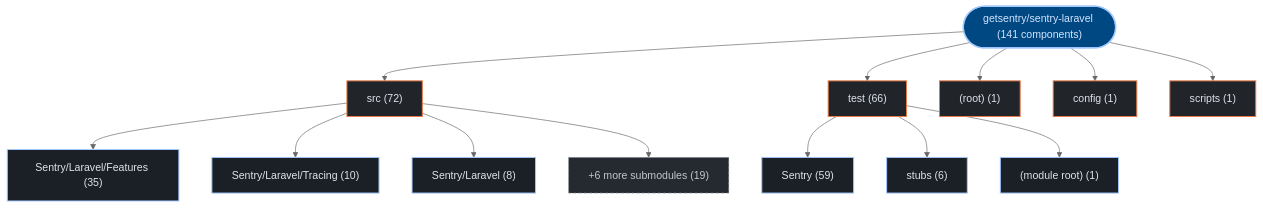
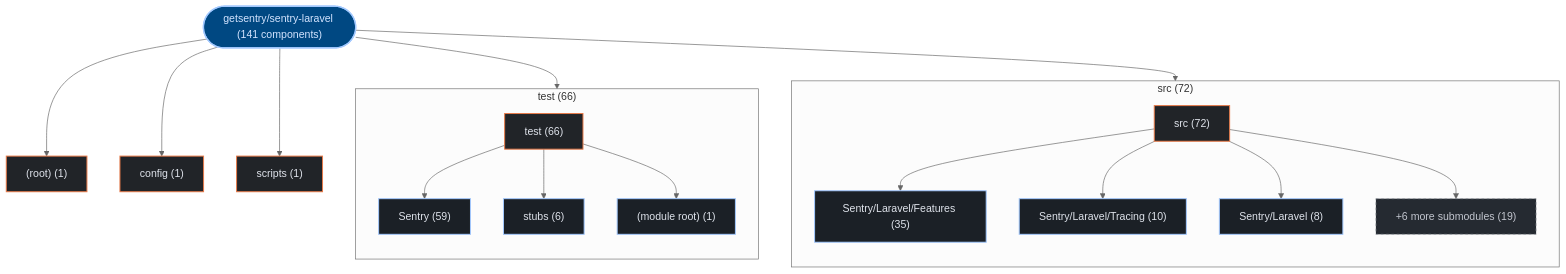
The first of 3 diagrams in exports/latest/reports/getsentry-sentry-laravel-report.md (kumarshaz/atruss-code-atlas), drawn with Mermaid (neutral theme) before and after one commit. The commit also changed 178 other files, not shown here.

Commit message:
feat(ui,mermaid): upgrade to mermaid v12 + ELK layout, add orgs-summary + pagination, subgraph building blocks, fix tab alignment

````diff
--- a/exports/latest/reports/getsentry-sentry-laravel-report.md
+++ b/exports/latest/reports/getsentry-sentry-laravel-report.md
@@ -42,35 +42,41 @@
 ```mermaid
 graph TD;
   classDef atlasRoot fill:#004882,stroke:#a3c9ff,stroke-width:2px,color:#d3e4ff
   classDef atlasCategory fill:#212428,stroke:#E87A48,stroke-width:1.5px,color:#dfe3eb
   classDef atlasWorkflow fill:#1b2026,stroke:#a3c9ff,stroke-width:1.5px,color:#dfe3eb
   classDef atlasJob fill:#171c22,stroke:#8d9199,stroke-width:1px,color:#dfe3eb
   classDef atlasTarget fill:#005227,stroke:#8bd99b,stroke-width:1.5px,color:#a7f6b6
   classDef atlasAlert fill:#93000a,stroke:#ffb4ab,stroke-width:1.5px,color:#ffdad6
   classDef atlasMore fill:#252a31,stroke:#8d9199,stroke-dasharray:4 4,color:#c3c6cf
     repo_root(["getsentry/sentry-laravel (141 components)"]):::atlasRoot
-    dir_0_src["src (72)"]:::atlasCategory
+    subgraph sg_dir_0_src["src (72)"]
+      direction TB
+      dir_0_src["src (72)"]:::atlasCategory
+      sub_0_0_Sentry_Laravel_Features["Sentry/Laravel/Features (35)"]:::atlasWorkflow
+      dir_0_src --> sub_0_0_Sentry_Laravel_Features
+      sub_0_1_Sentry_Laravel_Tracing["Sentry/Laravel/Tracing (10)"]:::atlasWorkflow
+      dir_0_src --> sub_0_1_Sentry_Laravel_Tracing
+      sub_0_2_Sentry_Laravel["Sentry/Laravel (8)"]:::atlasWorkflow
+      dir_0_src --> sub_0_2_Sentry_Laravel
+      sub_0_more["+6 more submodules (19)"]:::atlasMore
+      dir_0_src --> sub_0_more
+    end
     repo_root --> dir_0_src
-    sub_0_0_Sentry_Laravel_Features["Sentry/Laravel/Features (35)"]:::atlasWorkflow
-    dir_0_src --> sub_0_0_Sentry_Laravel_Features
-    sub_0_1_Sentry_Laravel_Tracing["Sentry/Laravel/Tracing (10)"]:::atlasWorkflow
-    dir_0_src --> sub_0_1_Sentry_Laravel_Tracing
-    sub_0_2_Sentry_Laravel["Sentry/Laravel (8)"]:::atlasWorkflow
-    dir_0_src --> sub_0_2_Sentry_Laravel
-    sub_0_more["+6 more submodules (19)"]:::atlasMore
-    dir_0_src --> sub_0_more
-    dir_1_test["test (66)"]:::atlasCategory
+    subgraph sg_dir_1_test["test (66)"]
+      direction TB
+      dir_1_test["test (66)"]:::atlasCategory
+      sub_1_0_Sentry["Sentry (59)"]:::atlasWorkflow
+      dir_1_test --> sub_1_0_Sentry
+      sub_1_1_stubs["stubs (6)"]:::atlasWorkflow
+      dir_1_test --> sub_1_1_stubs
+      sub_1_2__module_root_["(module root) (1)"]:::atlasWorkflow
+      dir_1_test --> sub_1_2__module_root_
+    end
     repo_root --> dir_1_test
-    sub_1_0_Sentry["Sentry (59)"]:::atlasWorkflow
-    dir_1_test --> sub_1_0_Sentry
-    sub_1_1_stubs["stubs (6)"]:::atlasWorkflow
-    dir_1_test --> sub_1_1_stubs
-    sub_1_2__module_root_["(module root) (1)"]:::atlasWorkflow
-    dir_1_test --> sub_1_2__module_root_
     dir_2__root_["(root) (1)"]:::atlasCategory
     repo_root --> dir_2__root_
     dir_3_config["config (1)"]:::atlasCategory
     repo_root --> dir_3_config
     dir_4_scripts["scripts (1)"]:::atlasCategory
     repo_root --> dir_4_scripts
 ```
````
